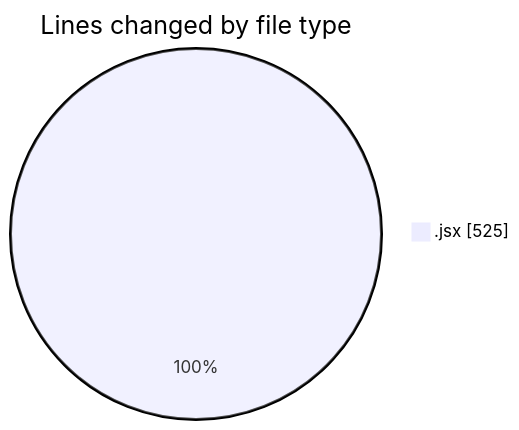
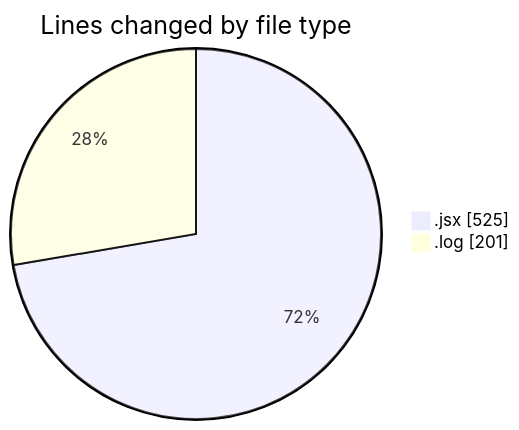
The first of 2 diagrams in 2025-05-02/nxtqube_webapp/README.md (nxtqubesakshisongat/code-tracking), drawn with Mermaid before and after one commit. The commit also changed other lines of this file and 1 other file, not shown here.

````diff
--- a/2025-05-02/nxtqube_webapp/README.md
+++ b/2025-05-02/nxtqube_webapp/README.md
@@ -20,5 +21,6 @@
 ```mermaid
 pie showData
 title Lines changed by file type
 ".jsx" : 525
+".log" : 201
 ```
````
